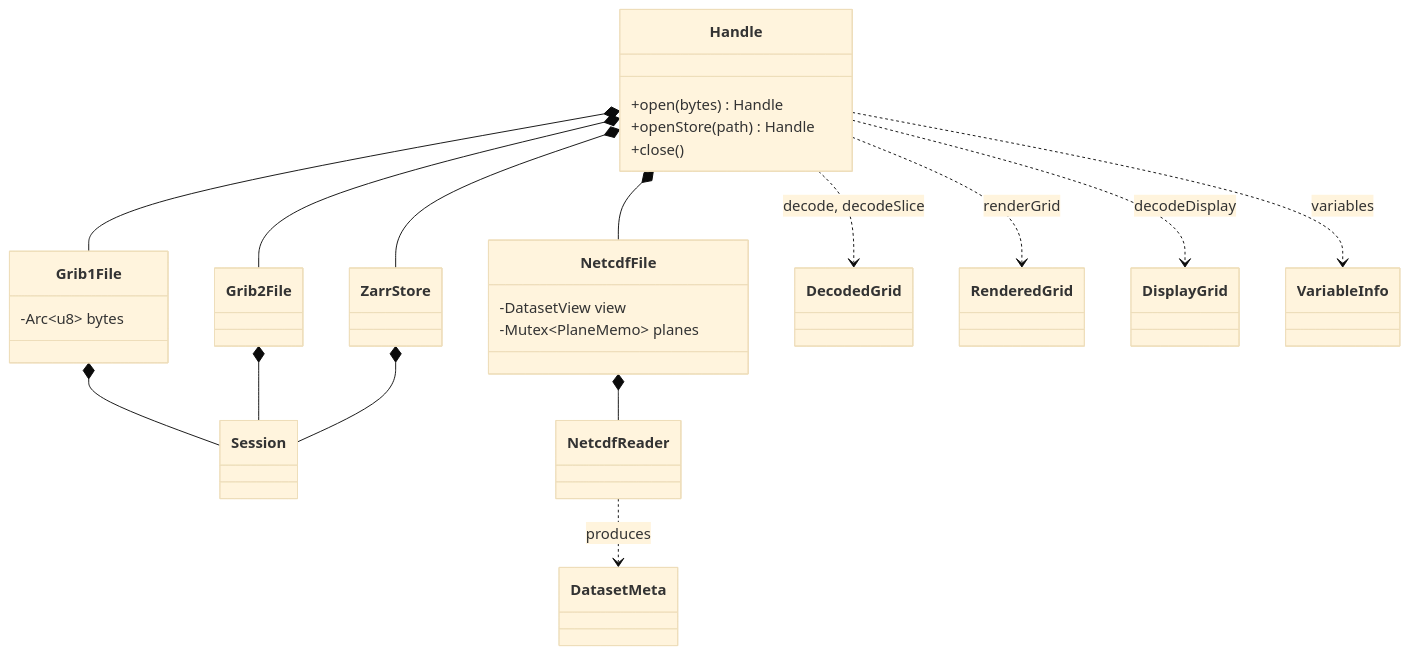
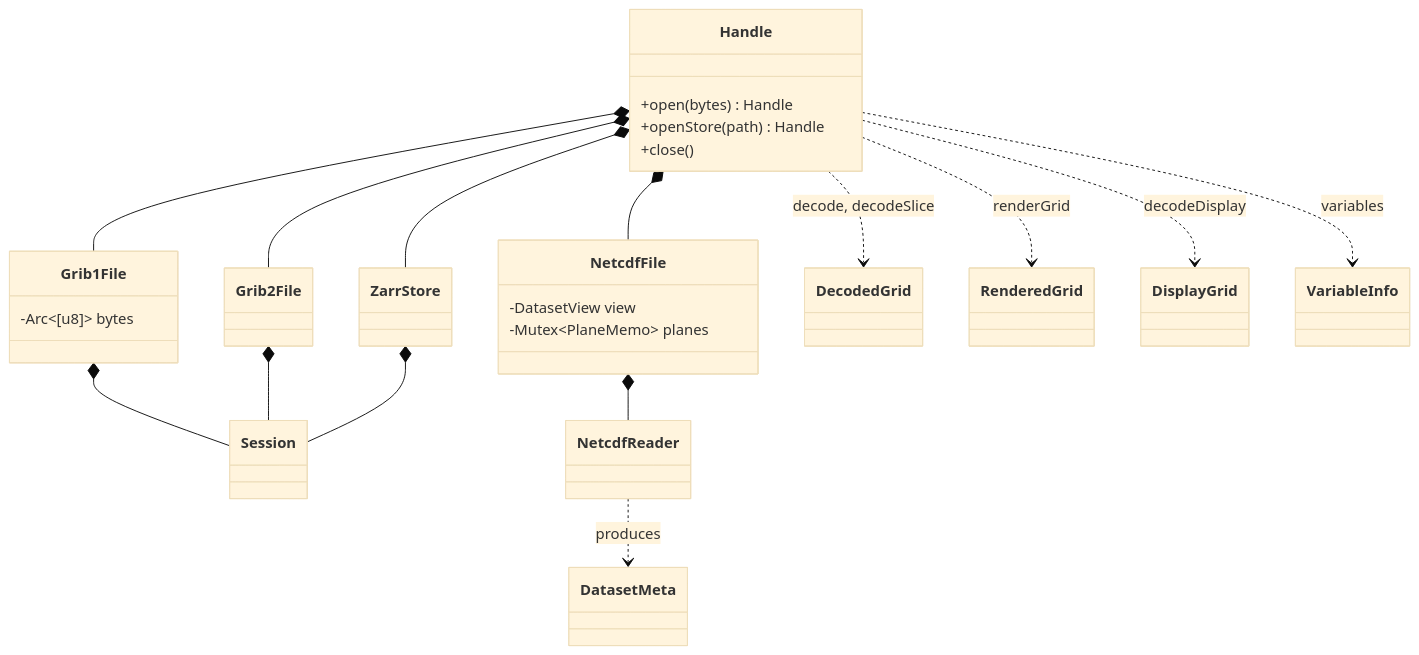
One commit to D0ubleD0uble/fieldglass changed the sixth of 6 diagrams in docs/architecture/03-composition.md. Above: the diagram before and after it, drawn with Mermaid (base theme). The commit also changed other lines of this file and 25 other files, not shown here.

````diff
--- a/docs/architecture/03-composition.md
+++ b/docs/architecture/03-composition.md
@@ -161,30 +162,30 @@
 ```mermaid
 classDiagram
     class Handle {
         +open(bytes) Handle
         +openStore(path) Handle
         +close()
     }
     class Grib1File {
-        -Arc~u8~ bytes
+        -Arc~[u8]~ bytes
     }
     class Grib2File
     class NetcdfFile {
         -DatasetView view
         -Mutex~PlaneMemo~ planes
     }
     class ZarrStore
     Handle *-- Grib1File
     Handle *-- Grib2File
     Handle *-- NetcdfFile
     Handle *-- ZarrStore
     Grib1File *-- Session
     Grib2File *-- Session
     ZarrStore *-- Session
     NetcdfFile *-- NetcdfReader
     Handle ..> DecodedGrid : decode, decodeSlice
     Handle ..> RenderedGrid : renderGrid
     Handle ..> DisplayGrid : decodeDisplay
     Handle ..> VariableInfo : variables
     NetcdfReader ..> DatasetMeta : produces
 ```
````
